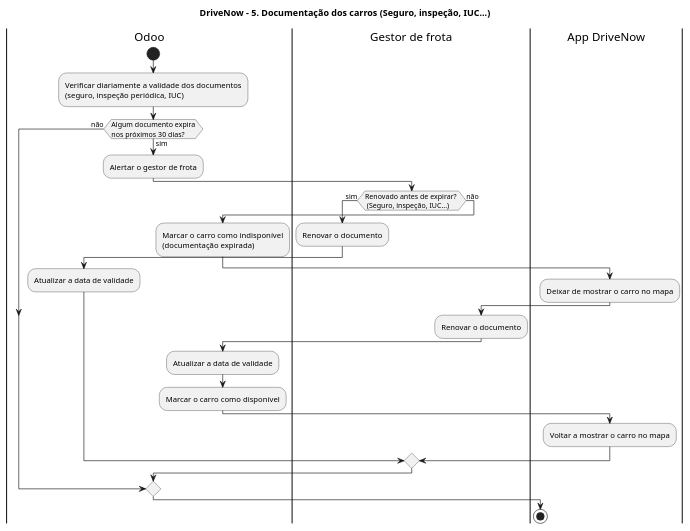
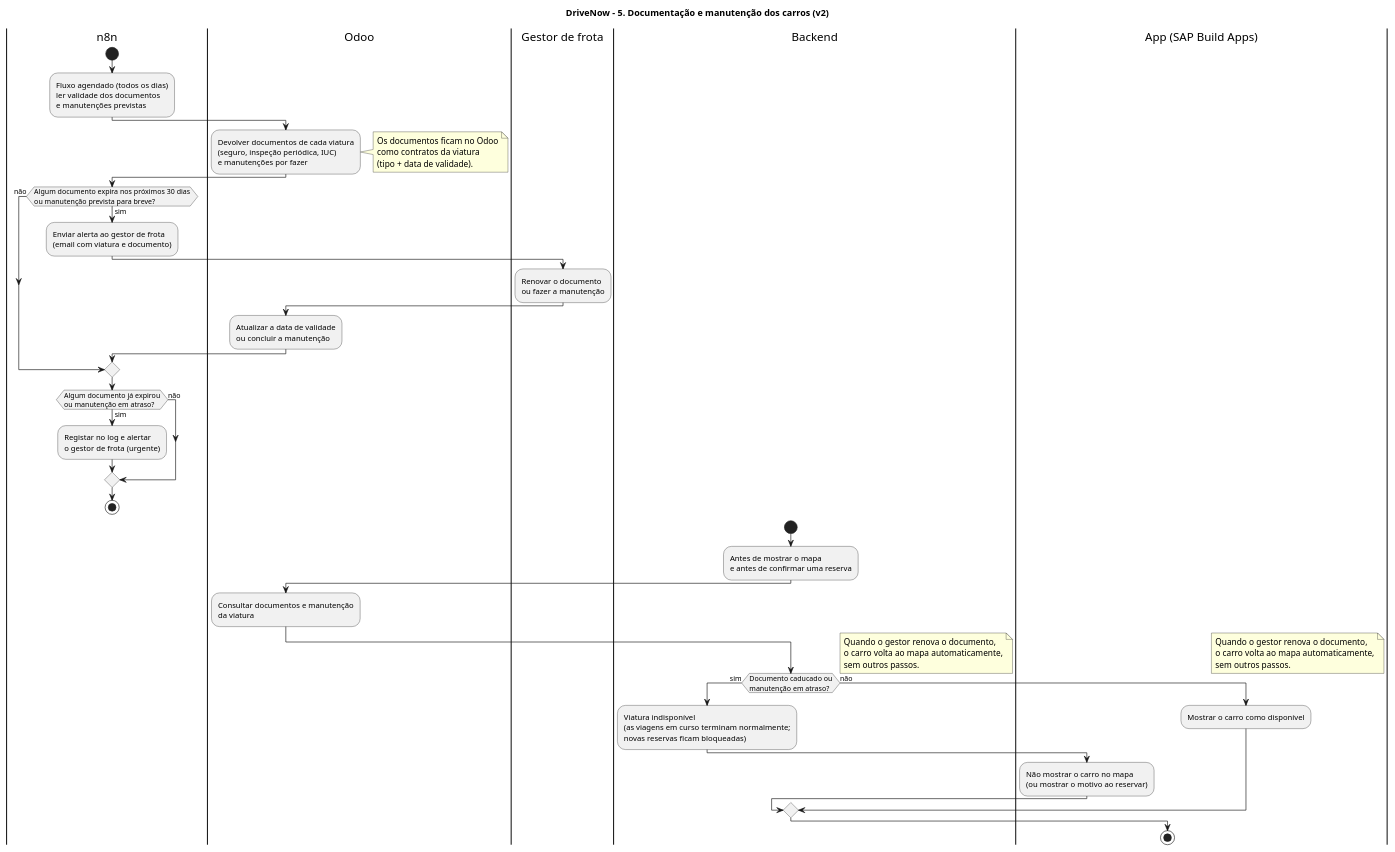
The diagram in doc/Diagramas/5-documentacao-dos-carros.puml (MATPERDU94/DriveNow), drawn with PlantUML before and after one commit. The commit also changed 42 other files, not shown here.

Commit message:
Atualização geral: diagramas v2, coleção Postman, perguntas ao docente, backend e dados

```diff
--- a/doc/Diagramas/5-documentacao-dos-carros.puml
+++ b/doc/Diagramas/5-documentacao-dos-carros.puml
@@ -1,39 +1,59 @@
 @startuml 5 - Documentação dos Carros
-title DriveNow - 5. Documentação dos carros (Seguro, inspeção, IUC...)
+title DriveNow - 5. Documentação e manutenção dos carros (v2)
 
+|n8n|
 |Odoo|
 |Gestor de frota|
-|App DriveNow|
+|Backend|
+|App (SAP Build Apps)|
 
+|n8n|
+start
+:Fluxo agendado (todos os dias)\nler validade dos documentos\ne manutenções previstas;
 |Odoo|
-start
-:Verificar diariamente a validade dos documentos\n(seguro, inspeção periódica, IUC);
+:Devolver documentos de cada viatura\n(seguro, inspeção periódica, IUC)\ne manutenções por fazer;
+note right
+  Os documentos ficam no Odoo
+  como contratos da viatura
+  (tipo + data de validade).
+end note
 
-if (Algum documento expira\nnos próximos 30 dias?) then (sim)
-  :Alertar o gestor de frota;
-
+|n8n|
+if (Algum documento expira nos próximos 30 dias\nou manutenção prevista para breve?) then (sim)
+  :Enviar alerta ao gestor de frota\n(email com viatura e documento);
   |Gestor de frota|
-  if (Renovado antes de expirar? \n (Seguro, inspeção, IUC...)) then (sim)
-    :Renovar o documento;
-    |Odoo|
-    :Atualizar a data de validade;
-  else (não)
-    |Odoo|
-    :Marcar o carro como indisponível\n(documentação expirada);
-    |App DriveNow|
-    :Deixar de mostrar o carro no mapa;
-
-    |Gestor de frota|
-    :Renovar o documento;
-    |Odoo|
-    :Atualizar a data de validade;
-    :Marcar o carro como disponível;
-    |App DriveNow|
-    :Voltar a mostrar o carro no mapa;
-  endif
+  :Renovar o documento\nou fazer a manutenção;
+  |Odoo|
+  :Atualizar a data de validade\nou concluir a manutenção;
 else (não)
 endif
 
+|n8n|
+if (Algum documento já expirou\nou manutenção em atraso?) then (sim)
+  :Registar no log e alertar\no gestor de frota (urgente);
+else (não)
+endif
+stop
+
+|Backend|
+start
+:Antes de mostrar o mapa\ne antes de confirmar uma reserva;
+|Odoo|
+:Consultar documentos e manutenção\nda viatura;
+|Backend|
+if (Documento caducado ou\nmanutenção em atraso?) then (sim)
+  :Viatura indisponível\n(as viagens em curso terminam normalmente;\nnovas reservas ficam bloqueadas);
+  |App (SAP Build Apps)|
+  :Não mostrar o carro no mapa\n(ou mostrar o motivo ao reservar);
+else (não)
+  |App (SAP Build Apps)|
+  :Mostrar o carro como disponível;
+endif
+note right
+  Quando o gestor renova o documento,
+  o carro volta ao mapa automaticamente,
+  sem outros passos.
+end note
 stop
 
 @enduml
```
